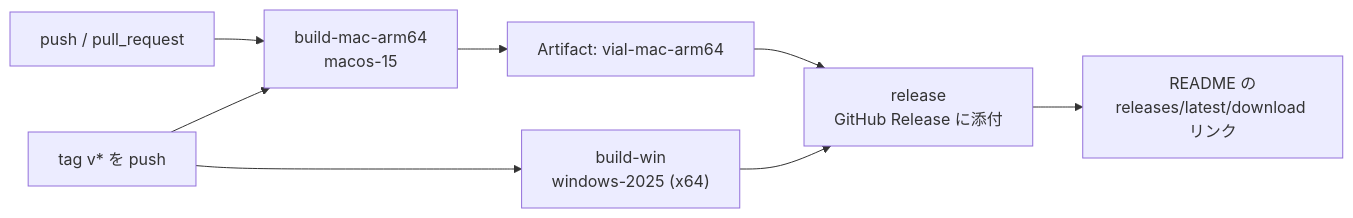
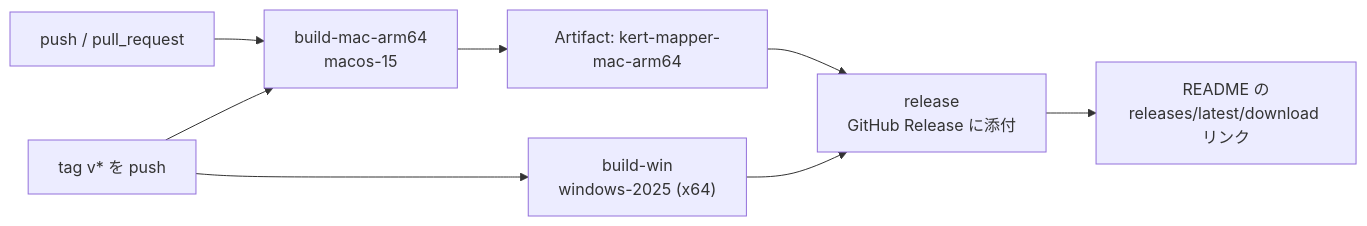
Before and after one commit to digitarhythm/KeRT-Keymapper: the second of 2 diagrams in util/macos/README.md, drawn with Mermaid. The commit also changed other lines of this file and 12 other files, not shown here.

````diff
--- a/util/macos/README.md
+++ b/util/macos/README.md
@@ -57,10 +57,10 @@
 ```mermaid
 flowchart LR
     P["push / pull_request"] --> A["build-mac-arm64<br/>macos-15"]
-    A --> AA["Artifact: vial-mac-arm64"]
+    A --> AA["Artifact: kert-mapper-mac-arm64"]
     T["tag v* を push"] --> A
     T --> W["build-win<br/>windows-2025 (x64)"]
     AA --> R["release<br/>GitHub Release に添付"]
     W --> R
     R --> L["README の<br/>releases/latest/download リンク"]
 ```
````
